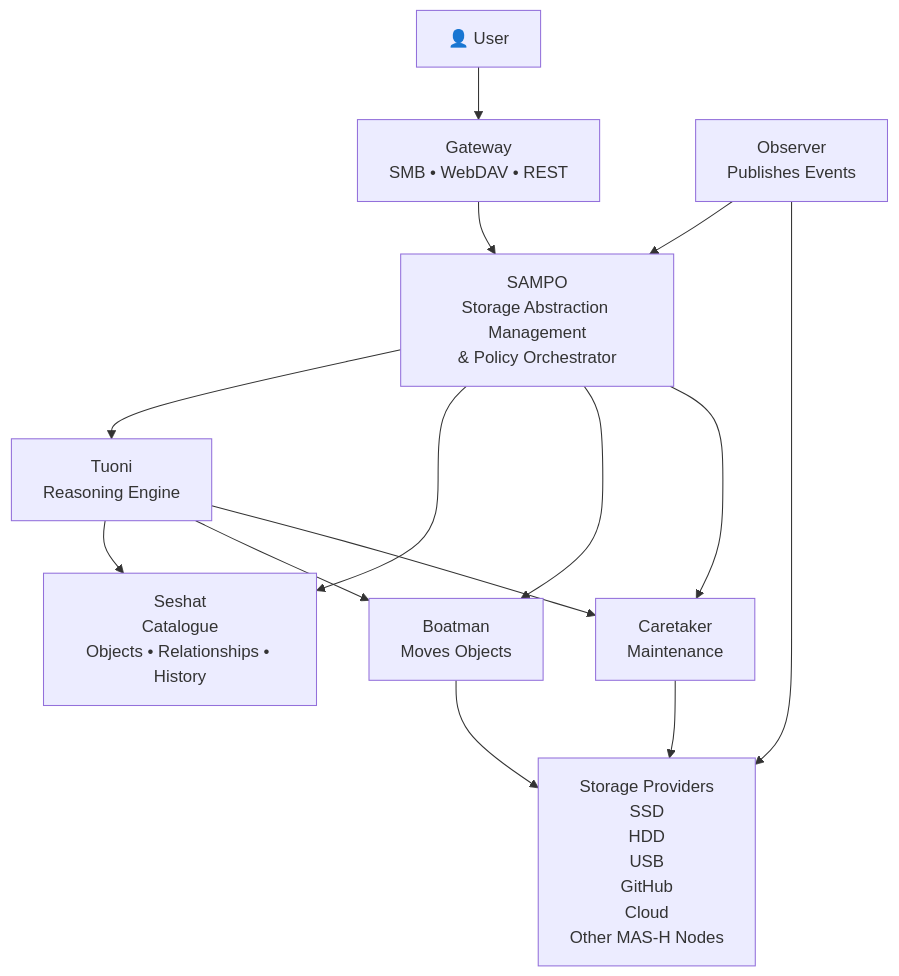
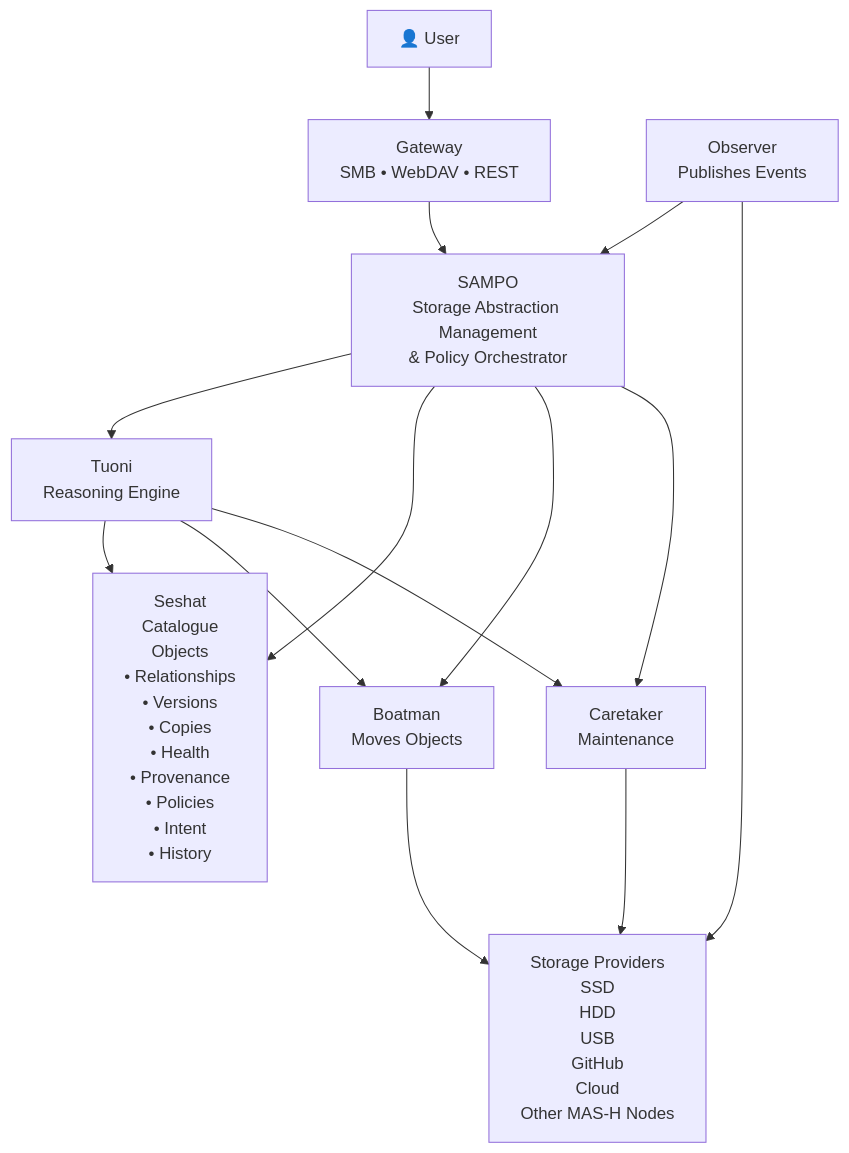
Before and after one commit to R2Pitou/Mas-h: the diagram in README.md, drawn with Mermaid.

Commit message:
Expand Seshat catalogue details in README
Update the Seshat node in the README flowchart to enumerate its catalogue attributes and responsibilities: Objects, Relationships, Versions, Copies, Health, Provenance, Policies, Intent, and History. Reformats the node with explicit line breaks and bullets for clarity.

````diff
--- a/README.md
+++ b/README.md
@@ -38,33 +38,33 @@
 ```mermaid
 flowchart TB
     User["👤 User"]
 
     Gateway["Gateway\nSMB • WebDAV • REST"]
     SAMPO["SAMPO\nStorage Abstraction Management\n& Policy Orchestrator"]
 
     Tuoni["Tuoni\nReasoning Engine"]
-    Seshat["Seshat\nCatalogue\nObjects • Relationships • History"]
+    Seshat["Seshat\nCatalogue\nObjects \n• Relationships \n• Versions \n• Copies \n• Health \n• Provenance \n• Policies \n• Intent \n• History"]
     Boatman["Boatman\nMoves Objects"]
     Observer["Observer\nPublishes Events"]
     Caretaker["Caretaker\nMaintenance"]
 
     Storage["Storage Providers\nSSD\nHDD\nUSB\nGitHub\nCloud\nOther MAS-H Nodes"]
 
     User --> Gateway
     Gateway --> SAMPO
 
     Observer --> SAMPO
 
     SAMPO --> Tuoni
     SAMPO --> Seshat
     SAMPO --> Boatman
     SAMPO --> Caretaker
 
     Tuoni --> Seshat
     Tuoni --> Boatman
     Tuoni --> Caretaker
 
     Boatman --> Storage
     Observer --> Storage
     Caretaker --> Storage
 ```
````
